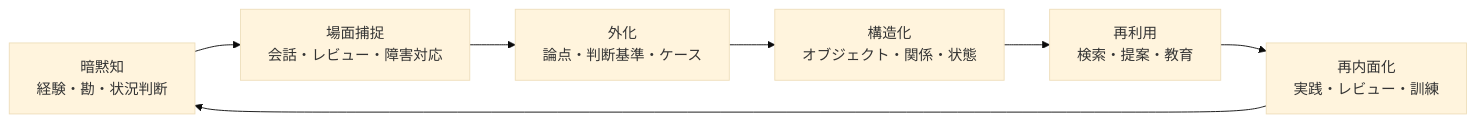
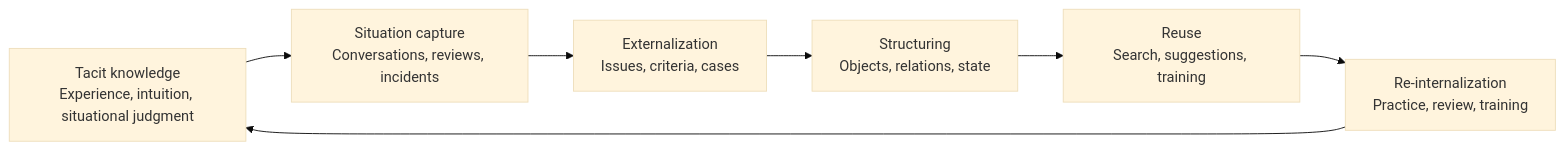
Before and after one commit to daylight55/research: the ninth of 13 diagrams in content/blog/en/ai-llm-ontology-memory.mdx, drawn with Mermaid (base theme). The commit also changed other lines of this file and 26 other files, not shown here.

Commit message:
Translate English Mermaid labels

````diff
--- a/content/blog/en/ai-llm-ontology-memory.mdx
+++ b/content/blog/en/ai-llm-ontology-memory.mdx
@@ -272,9 +272,9 @@
 ```mermaid
 flowchart LR
-  Tacit["暗黙知<br/>経験・勘・状況判断"] --> Capture["場面捕捉<br/>会話・レビュー・障害対応"]
-  Capture --> Externalize["外化<br/>論点・判断基準・ケース"]
-  Externalize --> Structure["構造化<br/>オブジェクト・関係・状態"]
-  Structure --> Reuse["再利用<br/>検索・提案・教育"]
-  Reuse --> Internalize["再内面化<br/>実践・レビュー・訓練"]
+  Tacit["Tacit knowledge<br/>Experience, intuition, situational judgment"] --> Capture["Situation capture<br/>Conversations, reviews, incidents"]
+  Capture --> Externalize["Externalization<br/>Issues, criteria, cases"]
+  Externalize --> Structure["Structuring<br/>Objects, relations, state"]
+  Structure --> Reuse["Reuse<br/>Search, suggestions, training"]
+  Reuse --> Internalize["Re-internalization<br/>Practice, review, training"]
   Internalize --> Tacit
 ```
````
